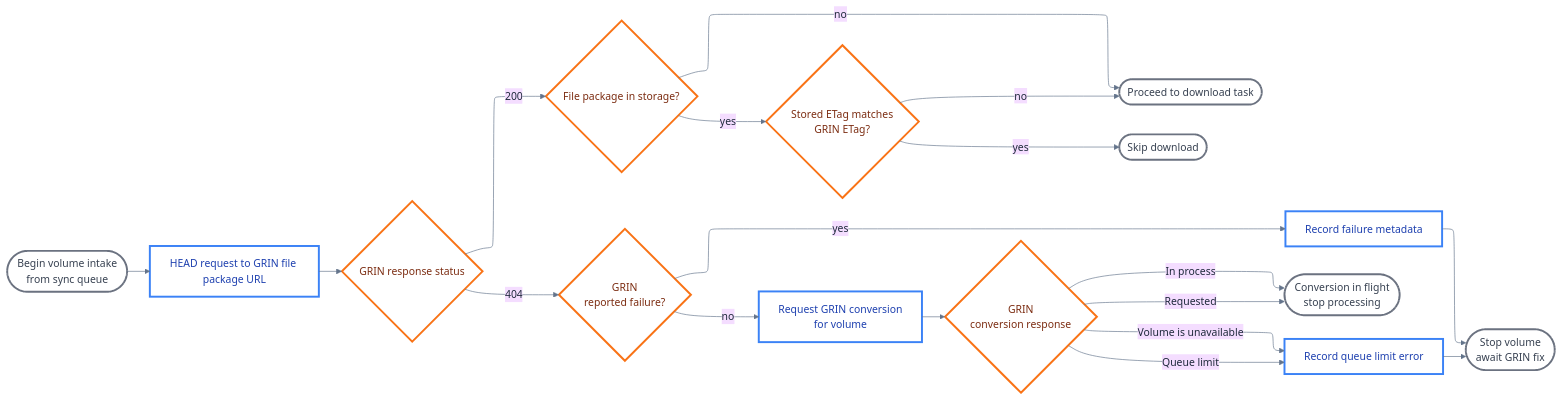
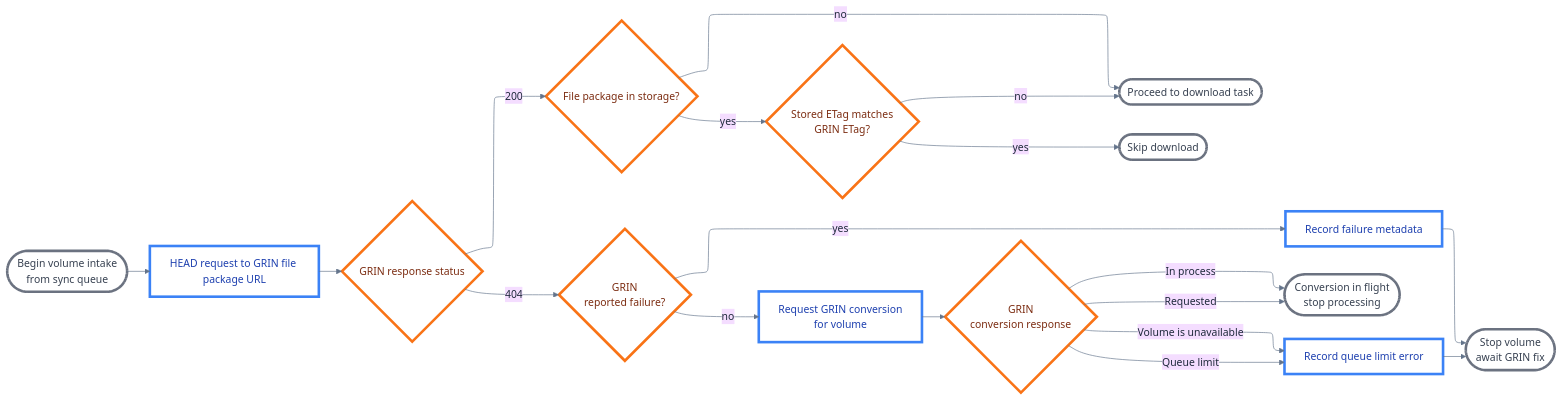
The diagram in docs/diagrams/check-conversion.mmd (institutional/grin-transfer), drawn with Mermaid before and after one commit. The commit also changed 19 other files, not shown here.

```diff
--- a/docs/diagrams/check-conversion.mmd
+++ b/docs/diagrams/check-conversion.mmd
@@ -1,23 +1,23 @@
 %%{init: {"theme": "base", "themeVariables": {"primaryTextColor": "#1e293b", "primaryBorderColor": "#475569", "lineColor": "#64748b", "background": "transparent", "mainBkg": "transparent", "secondBkg": "transparent"}, "flowchart": {"defaultRenderer": "elk", "elk": {"elk.direction": "RIGHT"}}}}%%
 flowchart LR
-classDef terminal fill:none,stroke:#6b7280,stroke-width:3px,color:#374151
-classDef process fill:none,stroke:#3b82f6,stroke-width:3px,color:#1e40af
-classDef decision fill:none,stroke:#f97316,stroke-width:3px,color:#7c2d12
+classDef terminal fill:none,stroke:#6b7280,stroke-width:4px,color:#374151
+classDef process fill:none,stroke:#3b82f6,stroke-width:4px,color:#1e40af
+classDef decision fill:none,stroke:#f97316,stroke-width:4px,color:#7c2d12
 
 Start(["Begin volume intake<br/>from sync queue"]):::terminal --> HeadGRIN["HEAD request to GRIN file package URL"]:::process
 HeadGRIN --> Response{"GRIN response status"}:::decision
 Response -->|200| StoragePresent{"File package in storage?"}:::decision
 StoragePresent -->|no| DownloadExit(["Proceed to download task"]):::terminal
 StoragePresent -->|yes| Compare{"Stored ETag matches<br/>GRIN ETag?"}:::decision
 Compare -->|yes| SkipExit(["Skip download"]):::terminal
 Compare -->|no| DownloadExit
 Response -->|404| FailureType{"GRIN <br/>reported failure?"}:::decision
 FailureType -->|yes| RecordFailure["Record failure metadata"]:::process
 RecordFailure --> ErrorExit(["Stop volume<br/>await GRIN fix"]):::terminal
 FailureType -->|no| RequestConversion["Request GRIN conversion<br/>for volume"]:::process
 RequestConversion --> ConversionStatus{"GRIN <br/>conversion response"}:::decision
 ConversionStatus -->|Requested| ConversionHold(["Conversion in flight<br/>stop processing"]):::terminal
 ConversionStatus -->|In process| ConversionHold
 ConversionStatus -->|Queue limit| ErrorRecord["Record queue limit error"]:::process
 ConversionStatus -->|Volume is unavailable| ErrorRecord
 ErrorRecord --> ErrorExit
```
